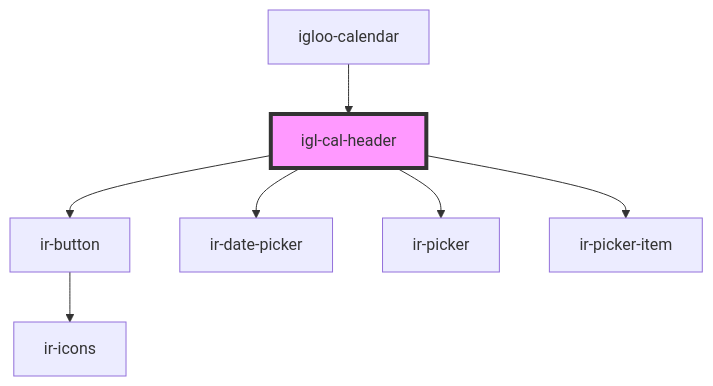
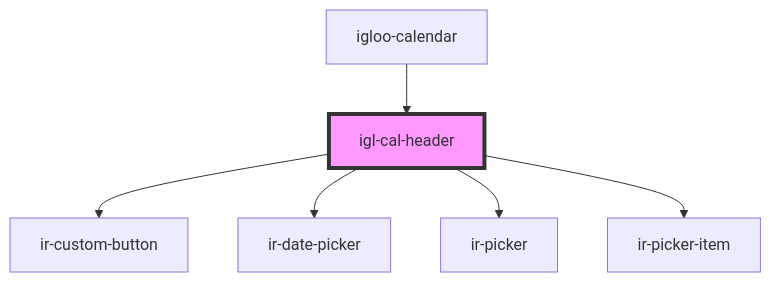
Before and after one commit to David1Chowaifaty/modified-ir-webcmp: the diagram in src/components/igloo-calendar/igl-cal-header/readme.md, drawn with Mermaid. The commit also changed other lines of this file and 20 other files, not shown here.

First line of the commit message:
Refactor igl-book-property and igloo-calendar components to replace ir-icon with ir-custom-button

````diff
--- a/src/components/igloo-calendar/igl-cal-header/readme.md
+++ b/src/components/igloo-calendar/igl-cal-header/readme.md
@@ -43,10 +43,9 @@
 ```mermaid
 graph TD;
-  igl-cal-header --> ir-button
+  igl-cal-header --> ir-custom-button
   igl-cal-header --> ir-date-picker
   igl-cal-header --> ir-picker
   igl-cal-header --> ir-picker-item
-  ir-button --> ir-icons
   igloo-calendar --> igl-cal-header
   style igl-cal-header fill:#f9f,stroke:#333,stroke-width:4px
 ```
````
